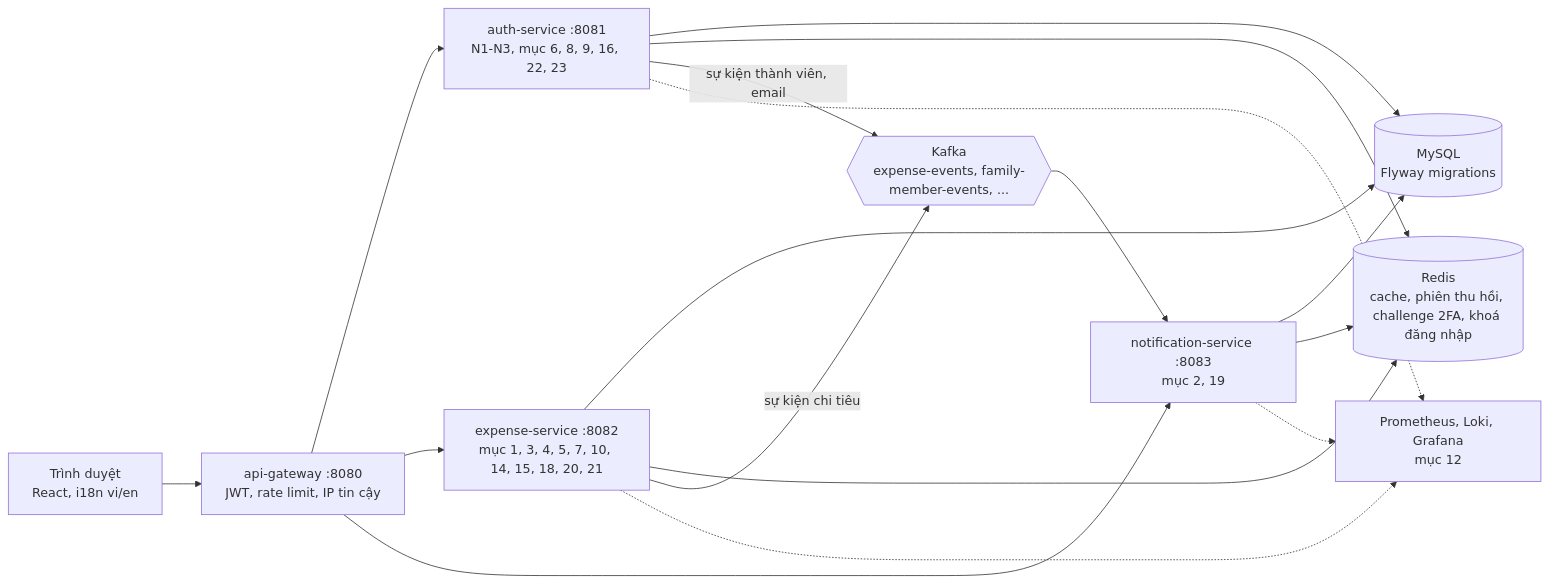
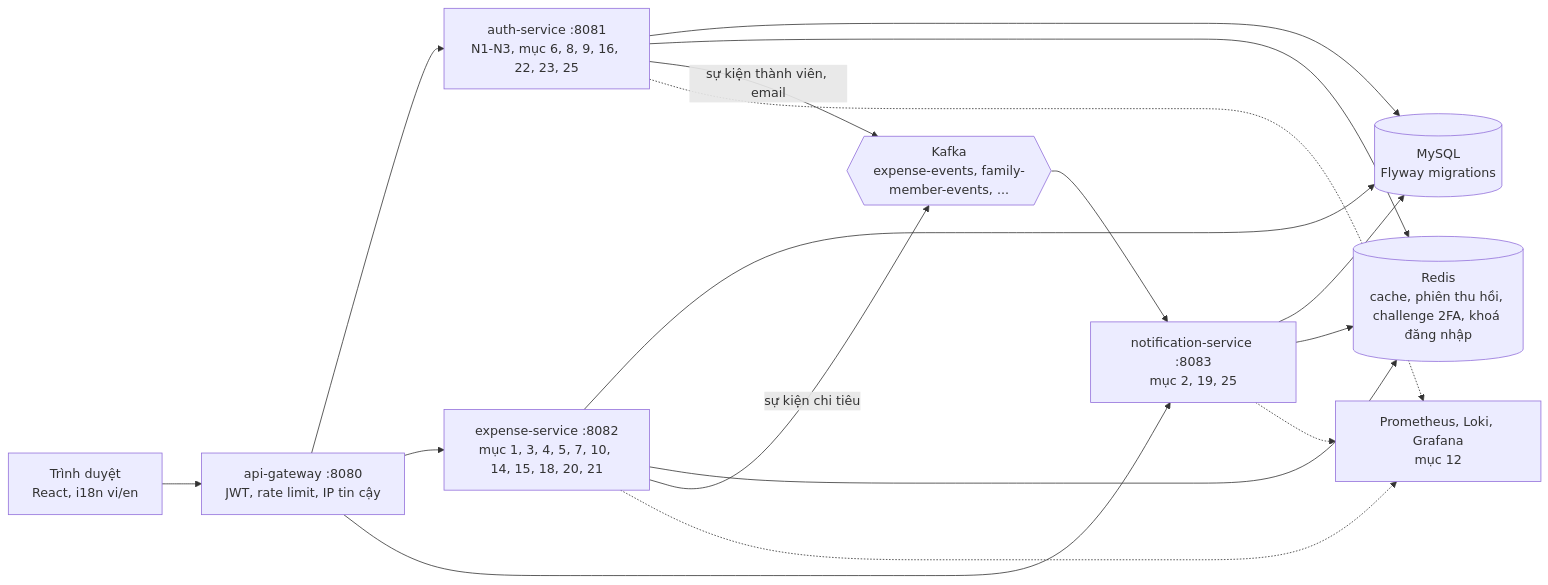
One commit to boyquynhluu/family-expense-manager changed the first of 35 diagrams in README.md. Above: the diagram before and after it, drawn with Mermaid. The commit also changed other lines of this file and 42 other files, not shown here.

````diff
--- a/README.md
+++ b/README.md
@@ -165,29 +165,29 @@
 ```mermaid
 flowchart LR
     U["Trình duyệt<br/>React, i18n vi/en"]
     GW["api-gateway :8080<br/>JWT, rate limit, IP tin cậy"]
-    AU["auth-service :8081<br/>N1-N3, mục 6, 8, 9, 16, 22, 23"]
+    AU["auth-service :8081<br/>N1-N3, mục 6, 8, 9, 16, 22, 23, 25"]
     EX["expense-service :8082<br/>mục 1, 3, 4, 5, 7, 10, 14, 15, 18, 20, 21"]
-    NO["notification-service :8083<br/>mục 2, 19"]
+    NO["notification-service :8083<br/>mục 2, 19, 25"]
     DB[("MySQL<br/>Flyway migrations")]
     RD[("Redis<br/>cache, phiên thu hồi, challenge 2FA, khoá đăng nhập")]
     KF{{"Kafka<br/>expense-events, family-member-events, ..."}}
     OB["Prometheus, Loki, Grafana<br/>mục 12"]
 
     U --> GW
     GW --> AU
     GW --> EX
     GW --> NO
     AU --> DB
     EX --> DB
     NO --> DB
     AU --> RD
     EX --> RD
     NO --> RD
     EX -- "sự kiện chi tiêu" --> KF
     AU -- "sự kiện thành viên, email" --> KF
     KF --> NO
     AU -.-> OB
     EX -.-> OB
     NO -.-> OB
 ```
````
